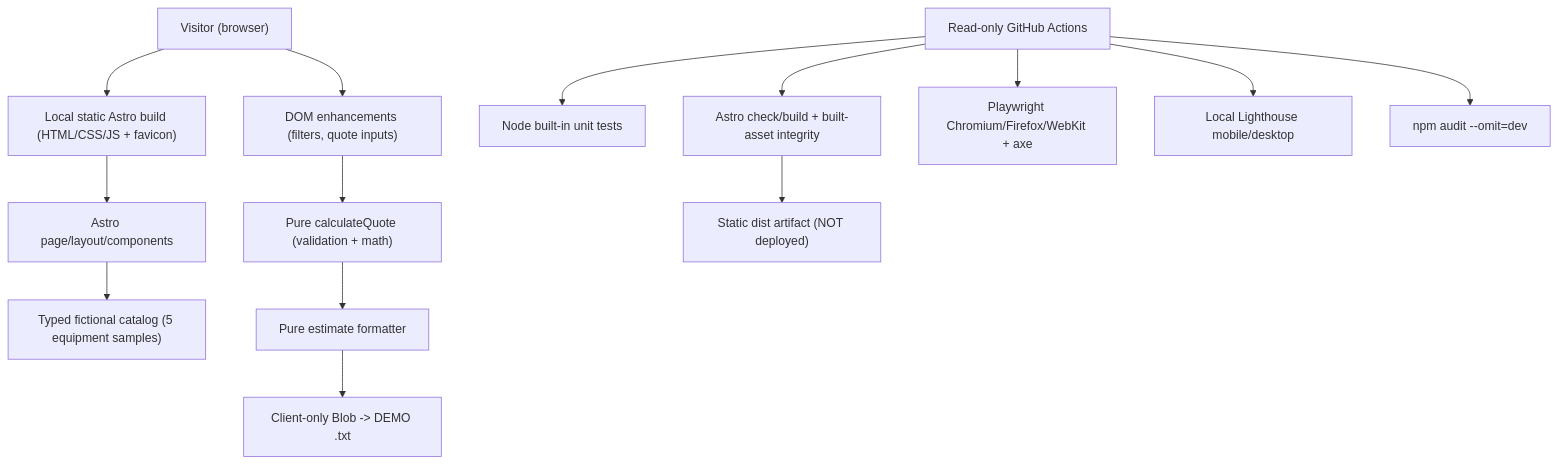
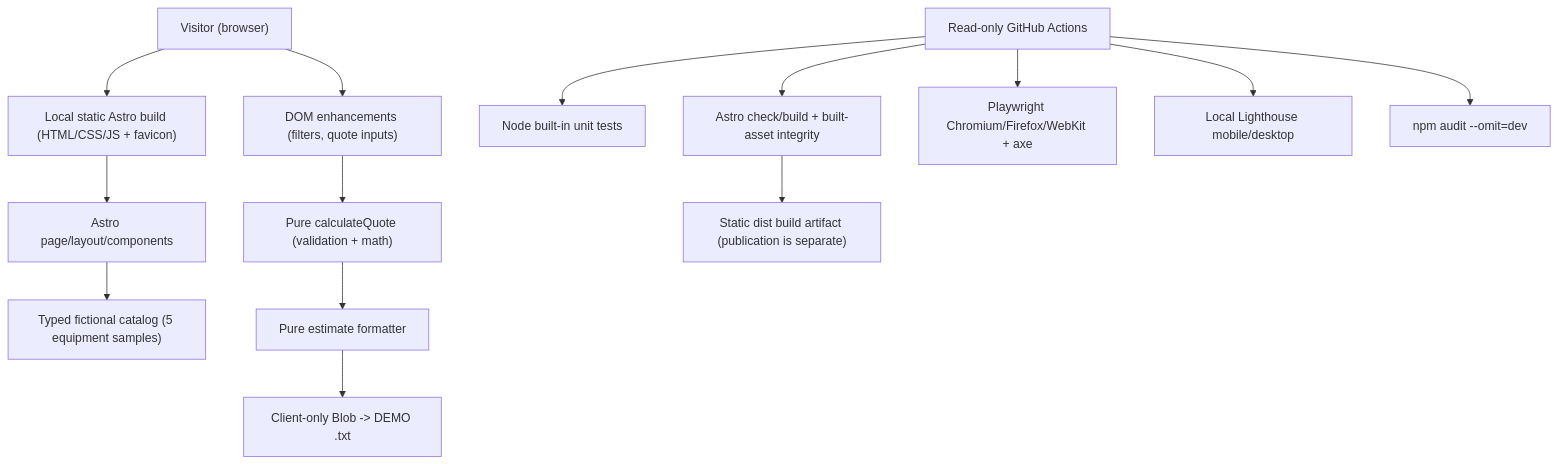
The diagram in modern/docs/ARCHITECTURE.md (ruslanudintsev-ai/opalubka), drawn with Mermaid before and after one commit. The commit also changed other lines of this file, not shown here.

Commit message:
docs(review): remove future-stale draft/main and deployment assertions in modern/docs/ARCHITECTURE.md

````diff
--- a/modern/docs/ARCHITECTURE.md
+++ b/modern/docs/ARCHITECTURE.md
@@ -7,16 +7,16 @@
 ```mermaid
 flowchart TB
   User["Visitor (browser)"] --> Static["Local static Astro build (HTML/CSS/JS + favicon)"]
   Static --> Page["Astro page/layout/components"]
   Page --> Fixtures["Typed fictional catalog (5 equipment samples)"]
   User --> UI["DOM enhancements (filters, quote inputs)"]
   UI --> Quote["Pure calculateQuote (validation + math)"]
   Quote --> Export["Pure estimate formatter"]
   Export --> Download["Client-only Blob -> DEMO .txt"]
   CI["Read-only GitHub Actions"] --> Unit["Node built-in unit tests"]
   CI --> Build["Astro check/build + built-asset integrity"]
   CI --> E2E["Playwright Chromium/Firefox/WebKit + axe"]
   CI --> Lab["Local Lighthouse mobile/desktop"]
   CI --> Advisory["npm audit --omit=dev"]
-  Build --> Artifact["Static dist artifact (NOT deployed)"]
+  Build --> Artifact["Static dist build artifact (publication is separate)"]
 ```
````
